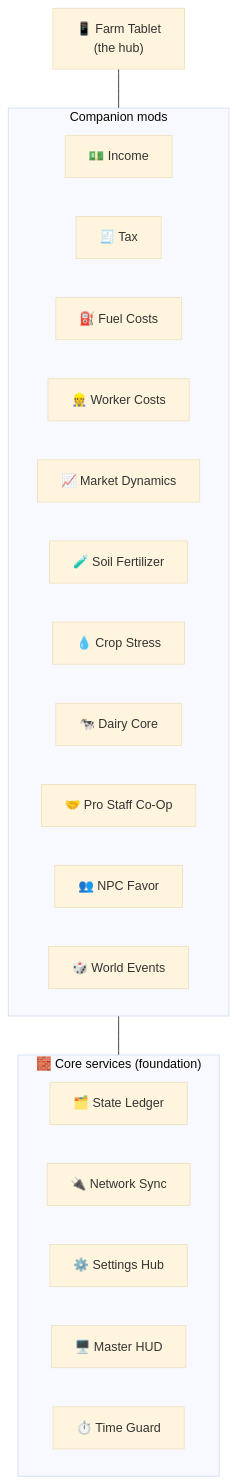
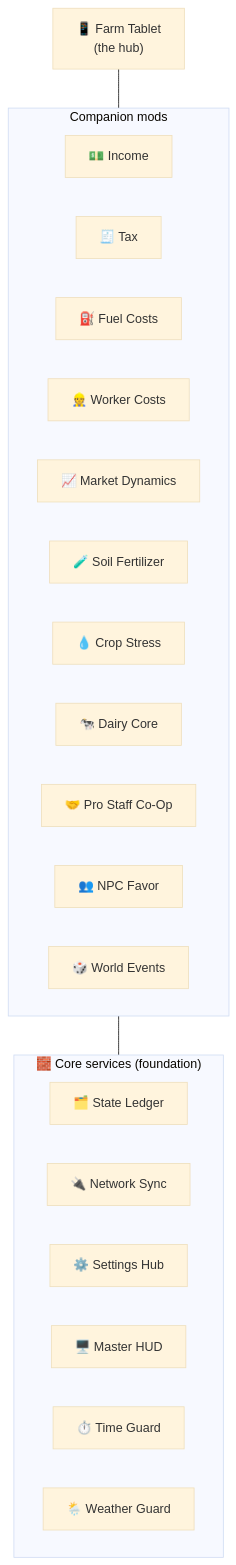
The diagram in profile/README.md (Realistic-Farming/.github), drawn with Mermaid (base theme) before and after one commit. The commit also changed other lines of this file, not shown here.

Commit message:
docs: add Weather Guard to the org profile suite

````diff
--- a/profile/README.md
+++ b/profile/README.md
@@ -86,31 +87,32 @@
 ```mermaid
 flowchart TD
     T["📱 Farm Tablet<br/>(the hub)"]
 
     subgraph APPS["Companion mods"]
         direction LR
         I["💵 Income"]
         X["🧾 Tax"]
         F["⛽ Fuel Costs"]
         W["👷 Worker Costs"]
         M["📈 Market Dynamics"]
         S["🧪 Soil Fertilizer"]
         C["💧 Crop Stress"]
         D["🐄 Dairy Core"]
         P["🤝 Pro Staff Co-Op"]
         N["👥 NPC Favor"]
         R["🎲 World Events"]
     end
 
     subgraph CORE["🧱 Core services (foundation)"]
         direction LR
         SL["🗂️ State Ledger"]
         NS["🔌 Network Sync"]
         SH["⚙️ Settings Hub"]
         MH["🖥️ Master HUD"]
         TG["⏱️ Time Guard"]
+        WG["🌦️ Weather Guard"]
     end
 
     T --- APPS
     APPS --- CORE
 ```
````
